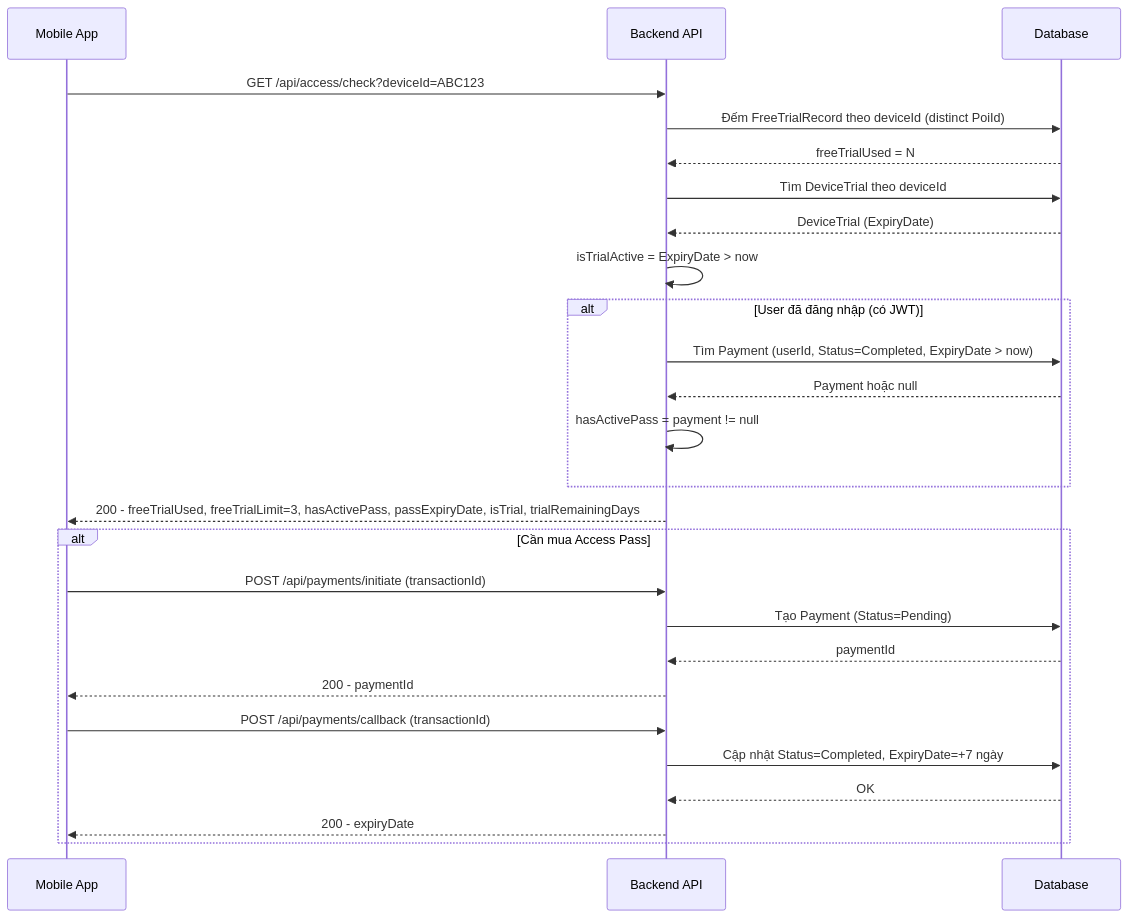
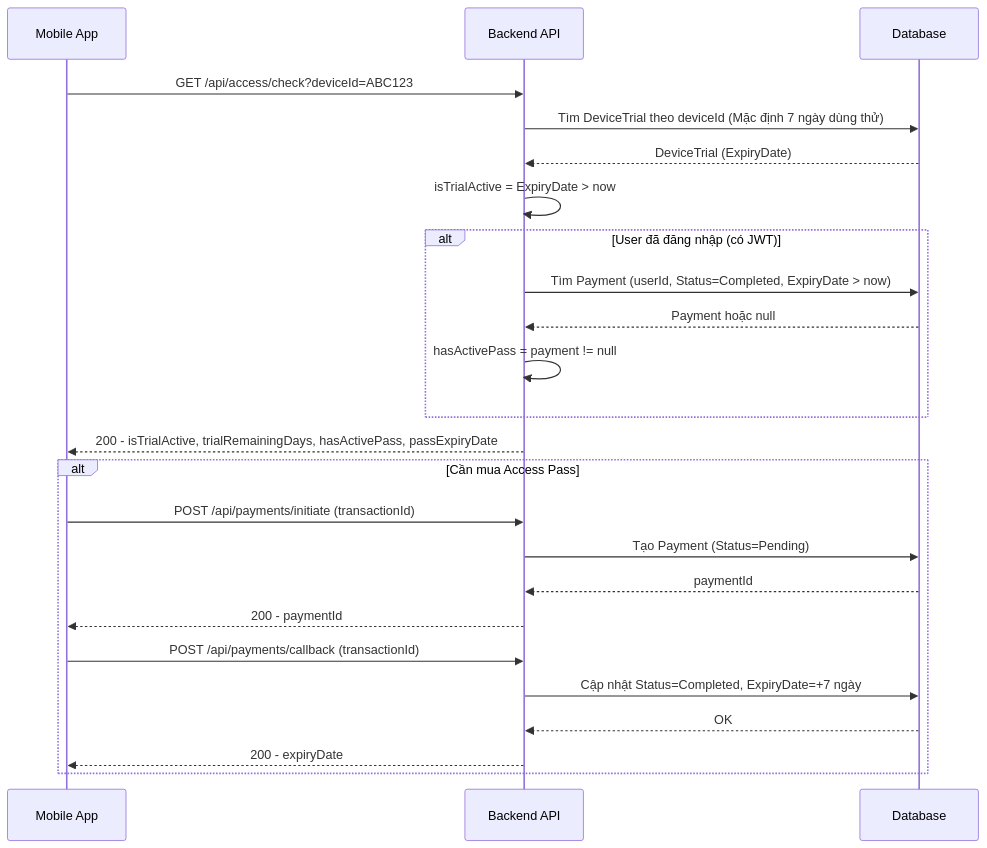
Before and after one commit to phamquyet47204/C-Sharp: the ninth of 17 diagrams in README.md, drawn with Mermaid. The commit also changed other lines of this file and 56 other files, not shown here.

````diff
--- a/README.md
+++ b/README.md
@@ -570,34 +627,31 @@
 ```mermaid
 sequenceDiagram
   participant Mobile as Mobile App
   participant API as Backend API
   participant DB as Database
 
   Mobile->>API: GET /api/access/check?deviceId=ABC123
-  API->>DB: Đếm FreeTrialRecord theo deviceId (distinct PoiId)
-  DB-->>API: freeTrialUsed = N
-
-  API->>DB: Tìm DeviceTrial theo deviceId
+  API->>DB: Tìm DeviceTrial theo deviceId (Mặc định 7 ngày dùng thử)
   DB-->>API: DeviceTrial (ExpiryDate)
   API->>API: isTrialActive = ExpiryDate > now
 
   alt User đã đăng nhập (có JWT)
     API->>DB: Tìm Payment (userId, Status=Completed, ExpiryDate > now)
     DB-->>API: Payment hoặc null
     API->>API: hasActivePass = payment != null
   end
 
-  API-->>Mobile: 200 - freeTrialUsed, freeTrialLimit=3, hasActivePass, passExpiryDate, isTrial, trialRemainingDays
+  API-->>Mobile: 200 - isTrialActive, trialRemainingDays, hasActivePass, passExpiryDate
 
   alt Cần mua Access Pass
     Mobile->>API: POST /api/payments/initiate (transactionId)
     API->>DB: Tạo Payment (Status=Pending)
     DB-->>API: paymentId
     API-->>Mobile: 200 - paymentId
 
     Mobile->>API: POST /api/payments/callback (transactionId)
     API->>DB: Cập nhật Status=Completed, ExpiryDate=+7 ngày
     DB-->>API: OK
     API-->>Mobile: 200 - expiryDate
   end
 ```
````
